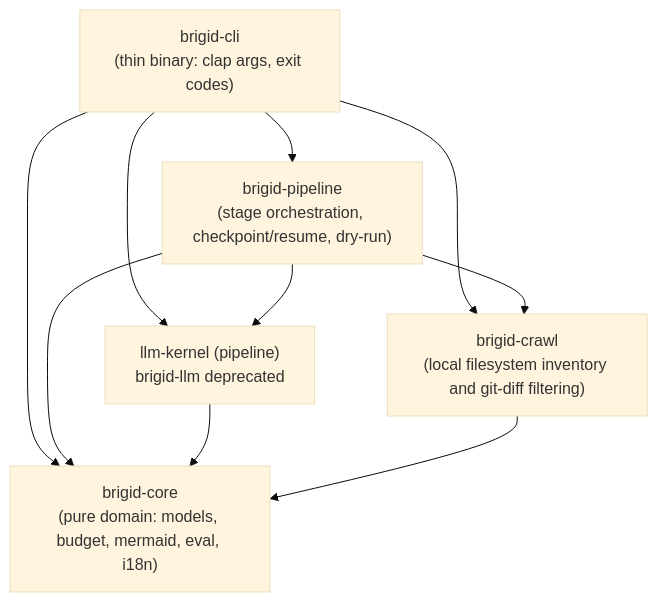
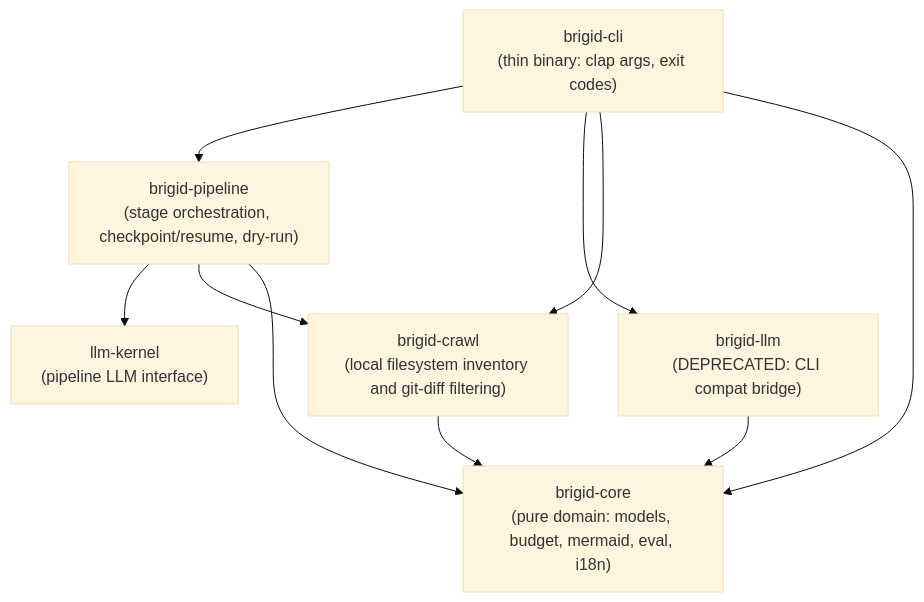
The first of 3 diagrams in ARCHITECTURE.md (igmarin/brigid), drawn with Mermaid (base theme) before and after one commit. The commit also changed other lines of this file and 9 other files, not shown here.

````diff
--- a/ARCHITECTURE.md
+++ b/ARCHITECTURE.md
@@ -18,18 +18,19 @@
 ```mermaid
 graph TD
     CLI["brigid-cli<br/>(thin binary: clap args, exit codes)"]
     Pipeline["brigid-pipeline<br/>(stage orchestration, checkpoint/resume, dry-run)"]
-    LLM["llm-kernel (pipeline)<br/>brigid-llm deprecated"]
+    LLMKernel["llm-kernel<br/>(pipeline LLM interface)"]
+    LegacyLLM["brigid-llm<br/>(DEPRECATED: CLI compat bridge)"]
     Crawl["brigid-crawl<br/>(local filesystem inventory and git-diff filtering)"]
     Core["brigid-core<br/>(pure domain: models, budget, mermaid, eval, i18n)"]
 
     CLI --> Pipeline
-    CLI --> LLM
+    CLI --> LegacyLLM
     CLI --> Crawl
     CLI --> Core
-    Pipeline --> LLM
+    Pipeline --> LLMKernel
     Pipeline --> Crawl
     Pipeline --> Core
-    LLM --> Core
+    LegacyLLM --> Core
     Crawl --> Core
 ```
````
